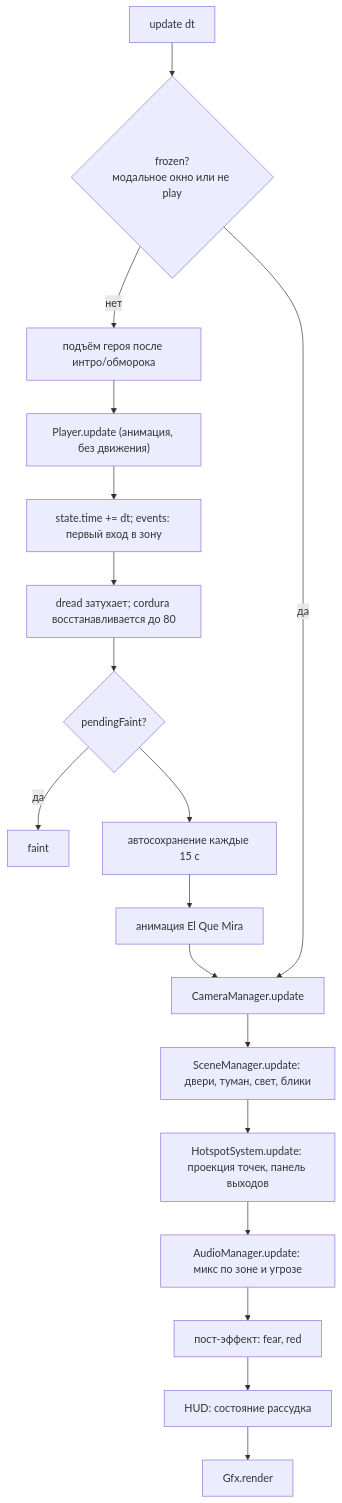
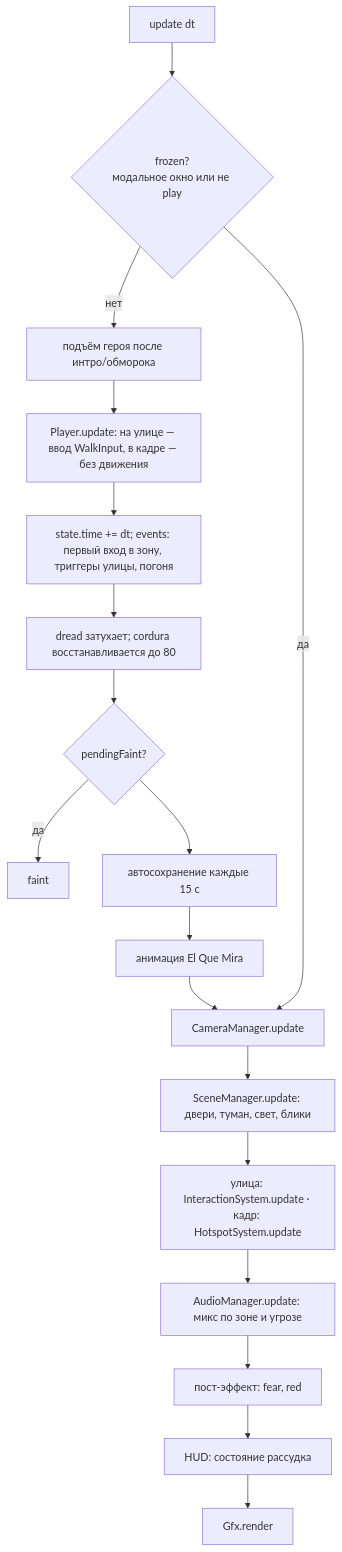
The fourth of 5 diagrams in docs/ARCHITECTURE.md (anrayt/el-sueno-game), drawn with Mermaid before and after one commit. The commit also changed other lines of this file and 42 other files, not shown here.

````diff
--- a/docs/ARCHITECTURE.md
+++ b/docs/ARCHITECTURE.md
@@ -121,20 +155,20 @@
 ```mermaid
 flowchart TD
     A[update dt] --> B{frozen?<br/>модальное окно или не play}
     B -- нет --> C[подъём героя после интро/обморока]
-    C --> D["Player.update (анимация, без движения)"]
-    D --> E[state.time += dt; events: первый вход в зону]
+    C --> D["Player.update: на улице — ввод WalkInput, в кадре — без движения"]
+    D --> E[state.time += dt; events: первый вход в зону, триггеры улицы, погоня]
     E --> F[dread затухает; cordura восстанавливается до 80]
     F --> G{pendingFaint?}
     G -- да --> G1[faint]
     G --> H[автосохранение каждые 15 с]
     H --> I[анимация El Que Mira]
     B -- да --> J
     I --> J[CameraManager.update]
     J --> K[SceneManager.update: двери, туман, свет, блики]
-    K --> L[HotspotSystem.update: проекция точек, панель выходов]
+    K --> L[улица: InteractionSystem.update · кадр: HotspotSystem.update]
     L --> M[AudioManager.update: микс по зоне и угрозе]
     M --> N[пост-эффект: fear, red]
     N --> O[HUD: состояние рассудка]
     O --> P[Gfx.render]
 ```
````
